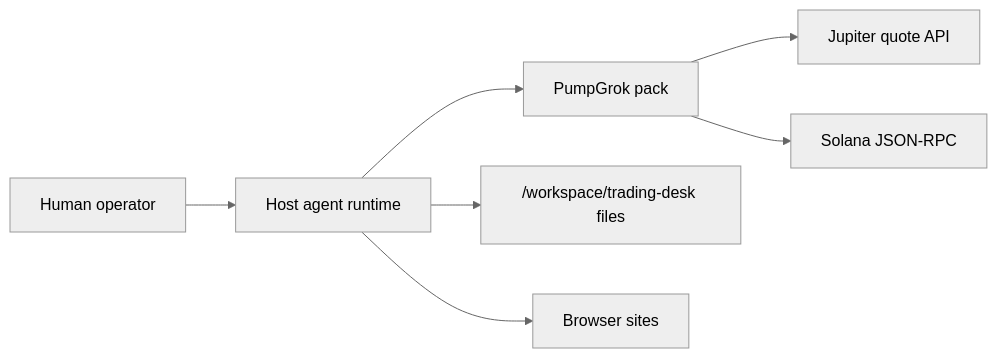
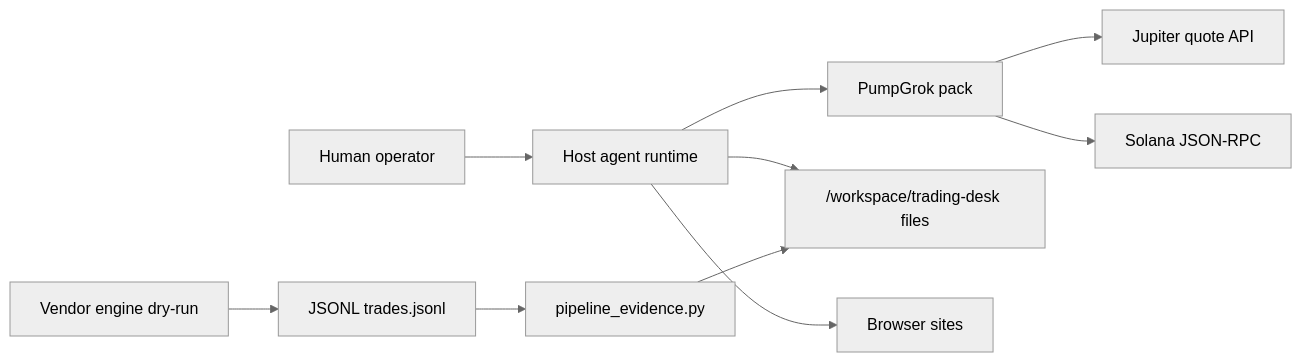
One commit to swcstudiospace/PumpGrok changed the first of 2 diagrams in ARCHITECTURE.md. Above: the diagram before and after it, drawn with Mermaid (neutral theme). The commit also changed other lines of this file and 8 other files, not shown here.

````diff
--- a/ARCHITECTURE.md
+++ b/ARCHITECTURE.md
@@ -34,17 +34,23 @@
 ```mermaid
 flowchart LR
   Human[Human operator]
   Host[Host agent runtime]
   Pack[PumpGrok pack]
   Desk["/workspace/trading-desk files"]
   Jup[Jupiter quote API]
   Rpc[Solana JSON-RPC]
   Web[Browser sites]
+  Vendor[Vendor engine dry-run]
+  Jsonl[JSONL trades.jsonl]
+  Bridge[pipeline_evidence.py]
 
   Human --> Host
   Host --> Pack
   Host --> Desk
   Host --> Web
   Pack --> Jup
   Pack --> Rpc
+  Vendor --> Jsonl
+  Jsonl --> Bridge
+  Bridge --> Desk
 ```
````
